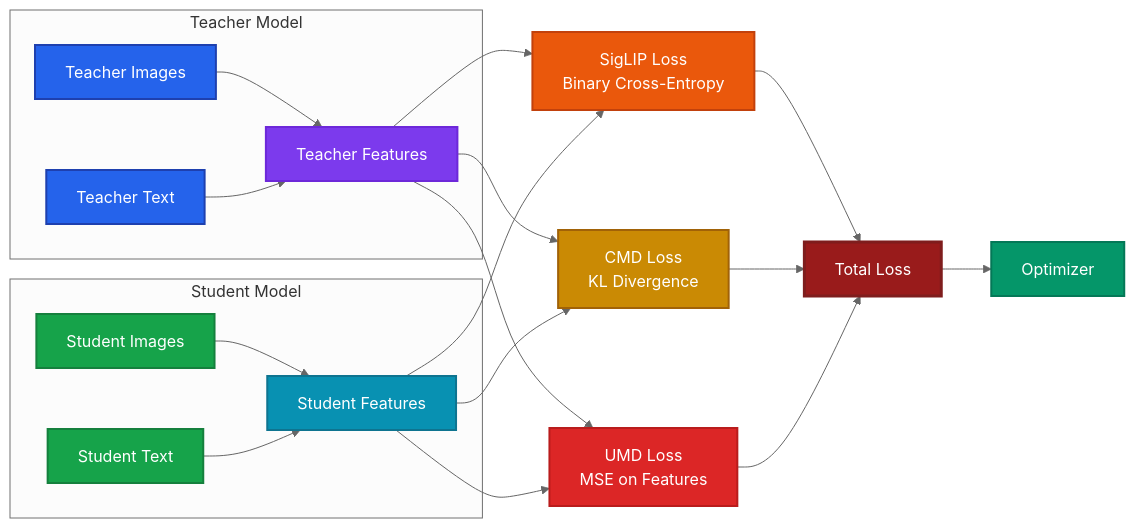
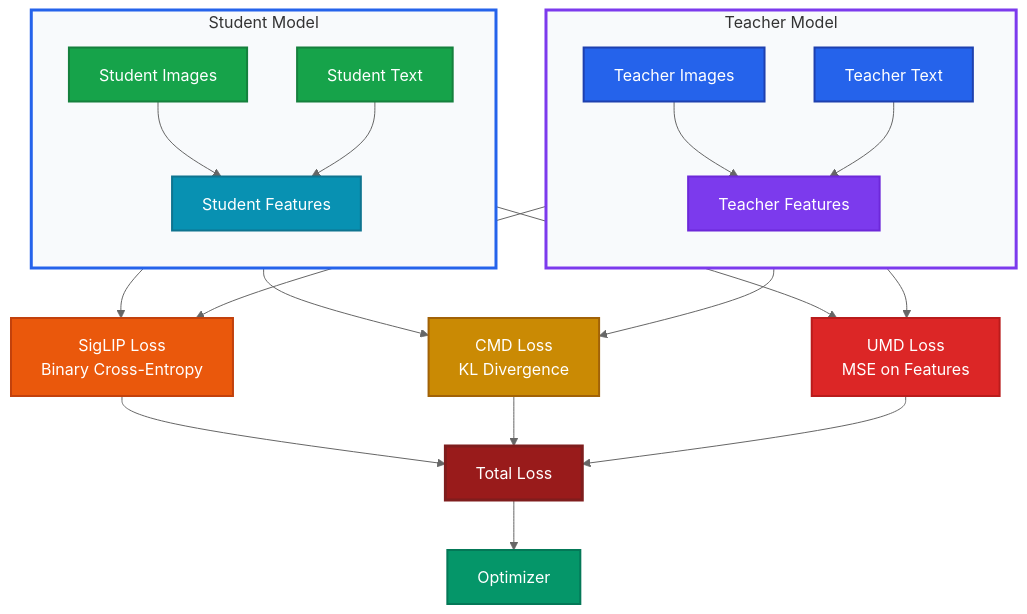
One commit to duoan/TinySigLIP changed the second of 2 diagrams in README.md. Above: the diagram before and after it, drawn with Mermaid (neutral theme). The commit also changed other lines of this file, not shown here.

Commit message:
Enhance README with improved model architecture diagrams and visual styles for clarity. Update subgraph labels and styles for both student and teacher models to better represent the distillation process.

````diff
--- a/README.md
+++ b/README.md
@@ -45,39 +60,43 @@
 ```mermaid
-graph LR
-    subgraph "Teacher Model"
+graph TB
+    subgraph T["Teacher Model"]
+        direction TB
         TI[Teacher Images] --> TF[Teacher Features]
         TT[Teacher Text] --> TF
     end
 
-    subgraph "Student Model"
+    subgraph S["Student Model"]
+        direction TB
         SI[Student Images] --> SF[Student Features]
         ST[Student Text] --> SF
     end
 
     TF --> L1[SigLIP Loss<br/>Binary Cross-Entropy]
     SF --> L1
 
     TF --> L2[CMD Loss<br/>KL Divergence]
     SF --> L2
 
     TF --> L3[UMD Loss<br/>MSE on Features]
     SF --> L3
 
     L1 --> TL[Total Loss]
     L2 --> TL
     L3 --> TL
 
     TL --> OPT[Optimizer]
 
+    style T fill:#f8fafc,stroke:#7c3aed,stroke-width:3px
+    style S fill:#f8fafc,stroke:#2563eb,stroke-width:3px
     style TI fill:#2563eb,stroke:#1e40af,stroke-width:2px,color:#fff
     style TT fill:#2563eb,stroke:#1e40af,stroke-width:2px,color:#fff
     style TF fill:#7c3aed,stroke:#6d28d9,stroke-width:2px,color:#fff
     style SI fill:#16a34a,stroke:#15803d,stroke-width:2px,color:#fff
     style ST fill:#16a34a,stroke:#15803d,stroke-width:2px,color:#fff
     style SF fill:#0891b2,stroke:#0e7490,stroke-width:2px,color:#fff
     style L1 fill:#ea580c,stroke:#c2410c,stroke-width:2px,color:#fff
     style L2 fill:#ca8a04,stroke:#a16207,stroke-width:2px,color:#fff
     style L3 fill:#dc2626,stroke:#b91c1c,stroke-width:2px,color:#fff
     style TL fill:#991b1b,stroke:#7f1d1d,stroke-width:3px,color:#fff
     style OPT fill:#059669,stroke:#047857,stroke-width:2px,color:#fff
 ```
````
